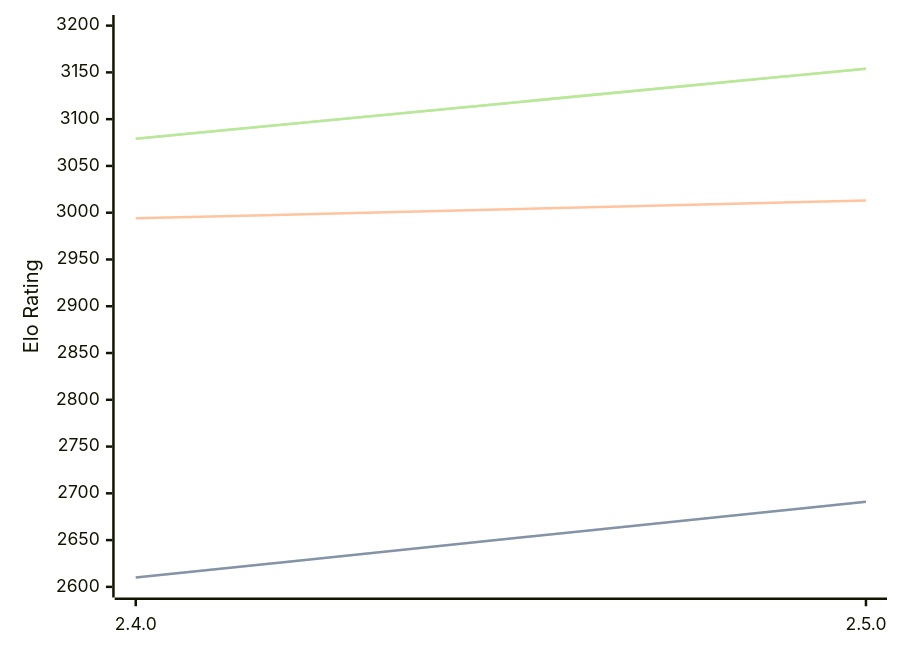
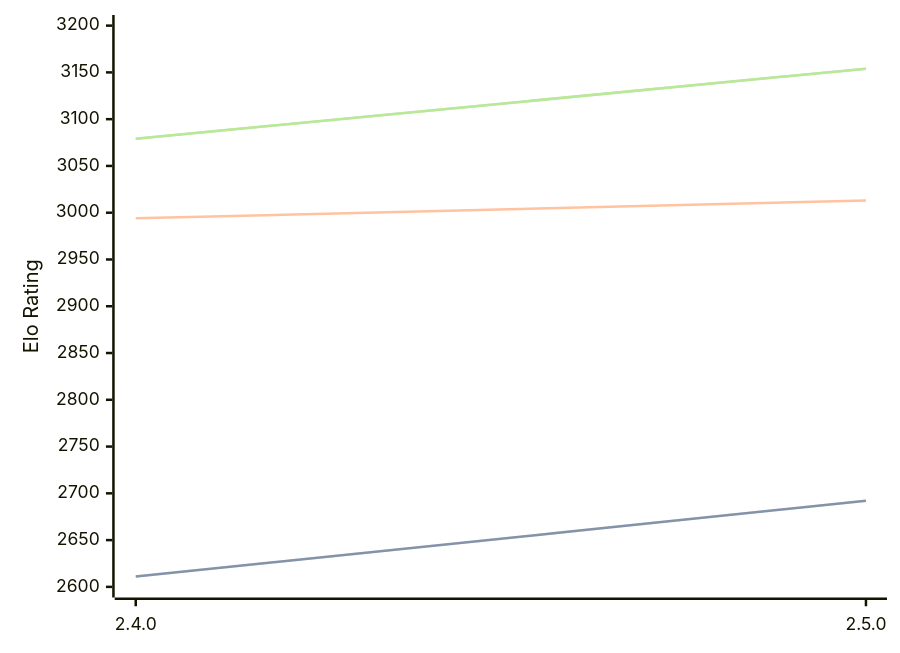
One commit to computer-chess-index/cci changed the first of 3 diagrams in engines/Sturddle2.md. Above: the diagram before and after it, drawn with Mermaid. The commit also changed other lines of this file, not shown here.

````diff
--- a/engines/Sturddle2.md
+++ b/engines/Sturddle2.md
@@ -37,11 +37,11 @@
 ```mermaid
 %%{init: {"theme":"base","themeVariables":{"seriesColors:['#a3a3a3','#222221','#faa371']}}}%%
 xychart-beta
   x-axis ["2.4.0", "2.5.0"]
   y-axis "Elo Rating" 2600 --> 3200
-  line "STC (8.0+0.08s)" [2610, 2691]
-  line "STC (8.0+0.08s)" [2610, 2691]
+  line "STC (8.0+0.08s)" [2611, 2692]
+  line "STC (8.0+0.08s)" [2611, 2692]
   line "LTC (60.0+0.60s)" [2994, 3013]
   line "VLTC (2m24s+1.12s)" [3079, 3154]
   line "VLTC (2m24s+1.12s)" [3079, 3154]
 ```
````
